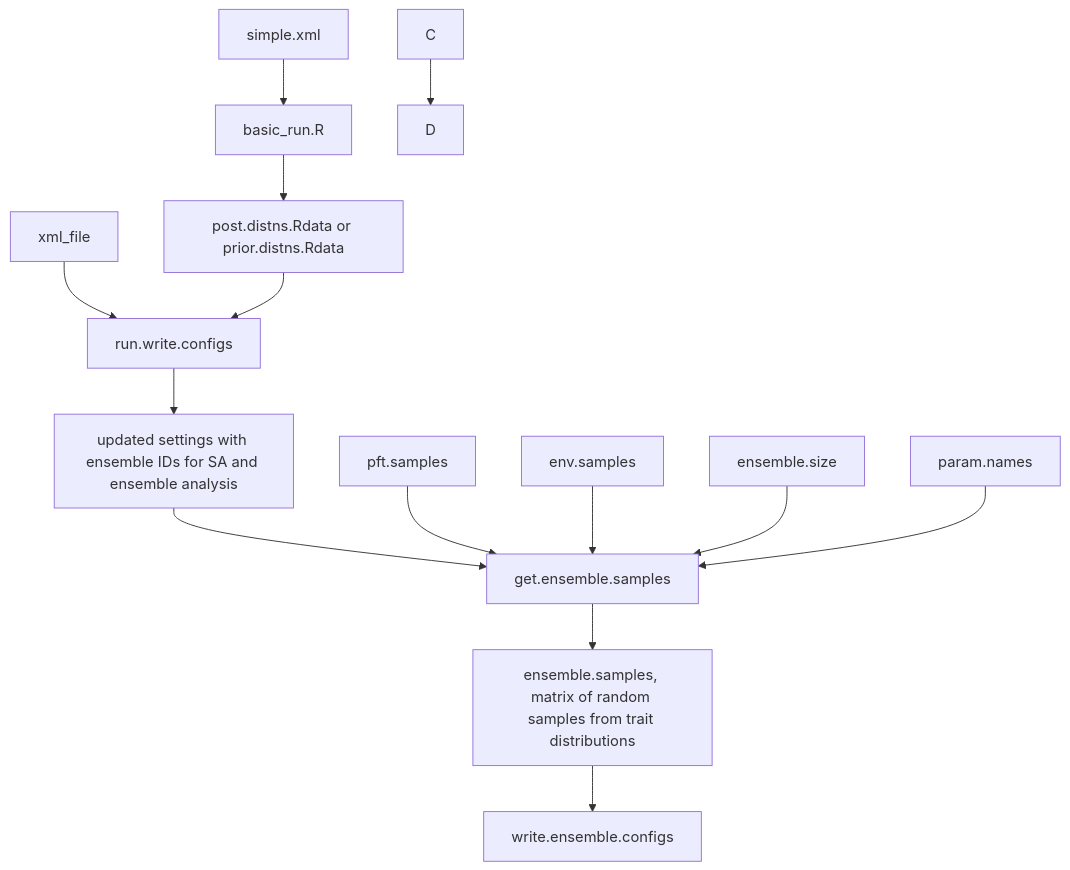
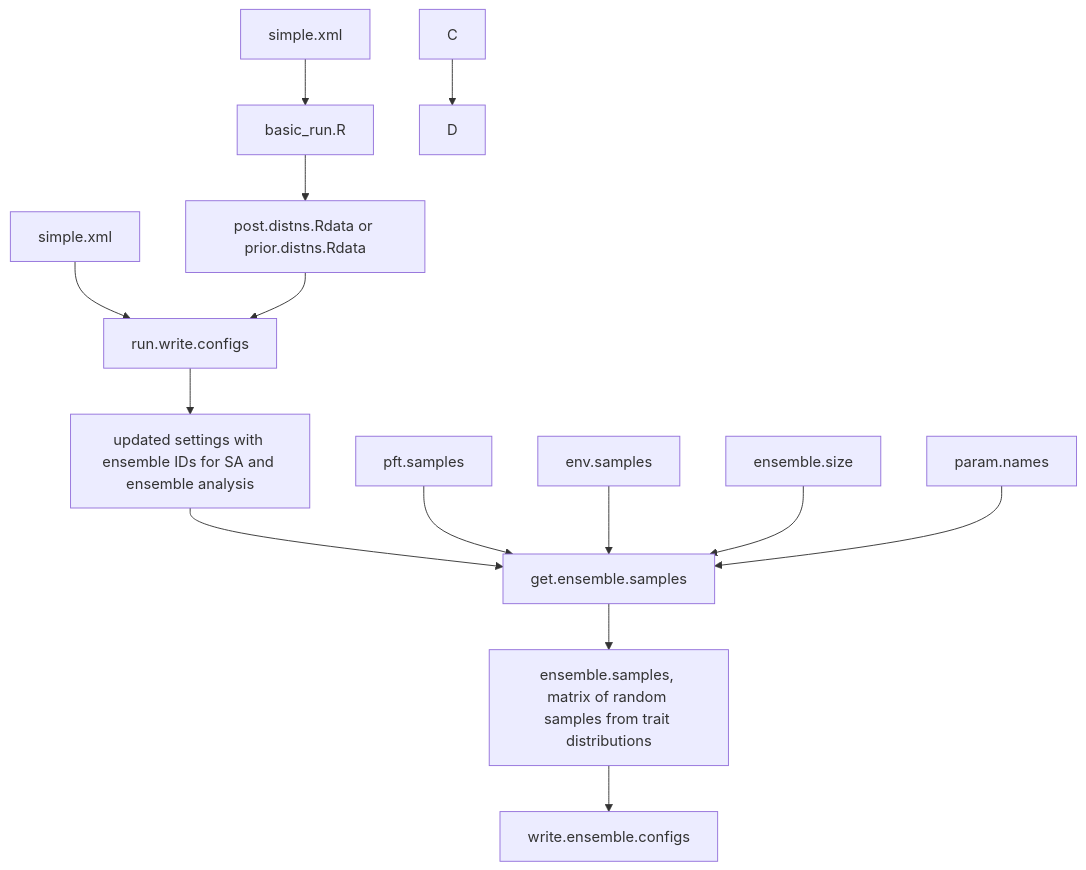
Before and after one commit to ecamo19/gsoc_project_2022_vm: the diagram in README.md, drawn with Mermaid.

````diff
--- a/README.md
+++ b/README.md
@@ -50,16 +50,16 @@
 ```mermaid
   graph TD;
-      settings[xml_file]-->run.write.configs;
+      settings[simple.xml]-->run.write.configs;
       simple.xml-->basic_run.R;
       basic_run.R-->posterior.files[post.distns.Rdata or prior.distns.Rdata];
       posterior.files[post.distns.Rdata or prior.distns.Rdata]-->run.write.configs;
       run.write.configs-->output_1[updated settings with ensemble IDs for SA and ensemble analysis ];
       output_1[updated settings with ensemble IDs for SA and ensemble analysis]-->get.ensemble.samples;
       input_get_ensemble_1[pft.samples]-->get.ensemble.samples;
       input_get_ensemble_2[env.samples]-->get.ensemble.samples;
       input_get_ensemble_3[ensemble.size]-->get.ensemble.samples;
       input_get_ensemble_4[param.names]-->get.ensemble.samples;
       get.ensemble.samples--> output_get_ensemble[ensemble.samples, matrix of random samples from trait distributions];
       output_get_ensemble[ensemble.samples, matrix of random samples from trait distributions]-->write.ensemble.configs;
       C-->D;
 ```
````
